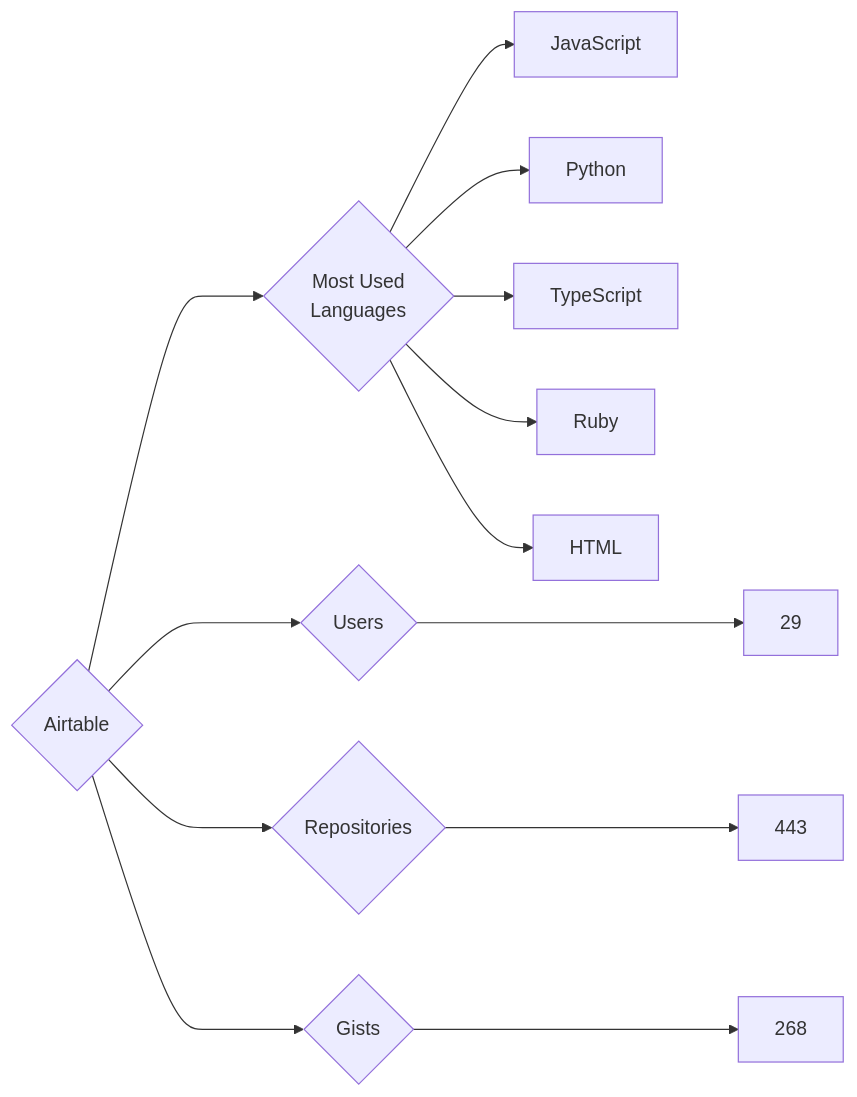
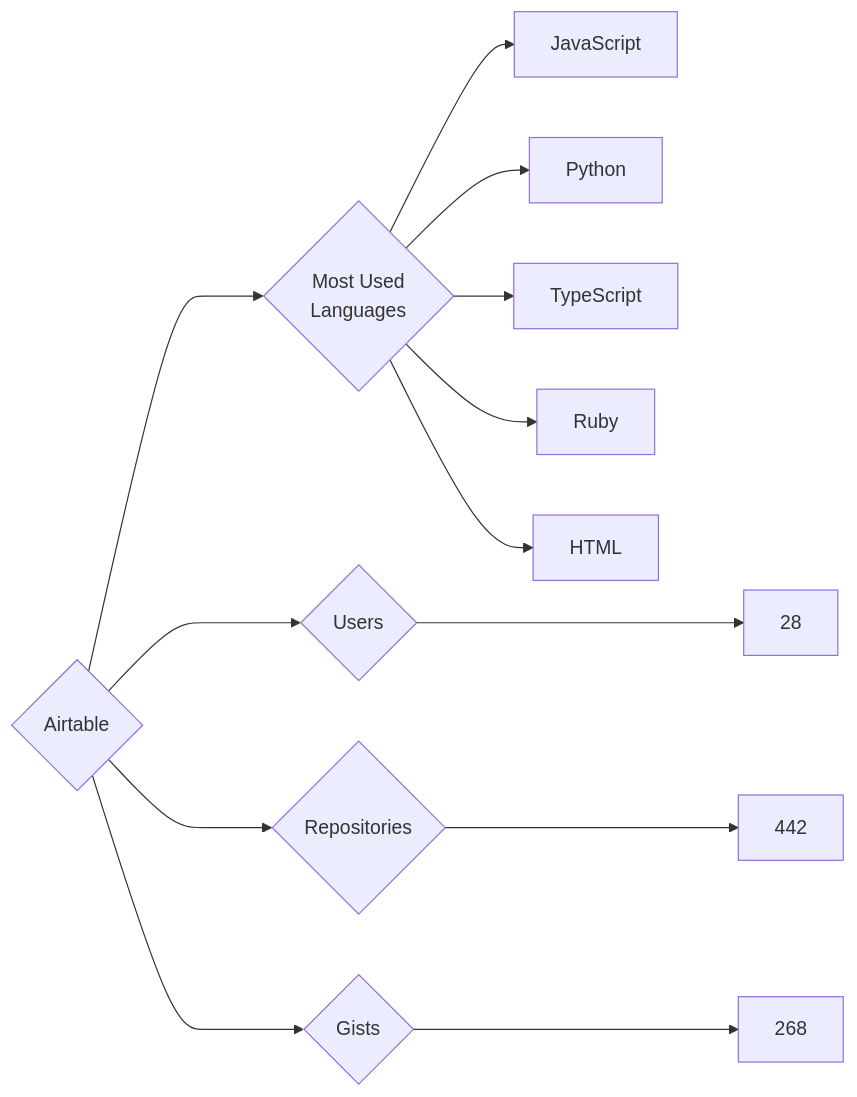
One commit to trickest/insiders changed the diagram in targets/Airtable/README.md. Above: the diagram before and after it, drawn with Mermaid. The commit also changed 723 other files, not shown here.

````diff
--- a/targets/Airtable/README.md
+++ b/targets/Airtable/README.md
@@ -3,13 +3,13 @@
 ```mermaid
 graph LR
 COMPANY_NAME{Airtable}
-COMPANY_NAME ---> U{Users} ---> UN[29]
-COMPANY_NAME ---> R{Repositories} ---> RN[443]
+COMPANY_NAME ---> U{Users} ---> UN[28]
+COMPANY_NAME ---> R{Repositories} ---> RN[442]
 COMPANY_NAME ---> G{Gists} ---> GN[268]
 COMPANY_NAME ---> ML{Most Used<br>Languages}
 ML --> JavaScript[JavaScript]
 ML --> Python[Python]
 ML --> TypeScript[TypeScript]
 ML --> Ruby[Ruby]
 ML --> HTML[HTML]
 ```
````
